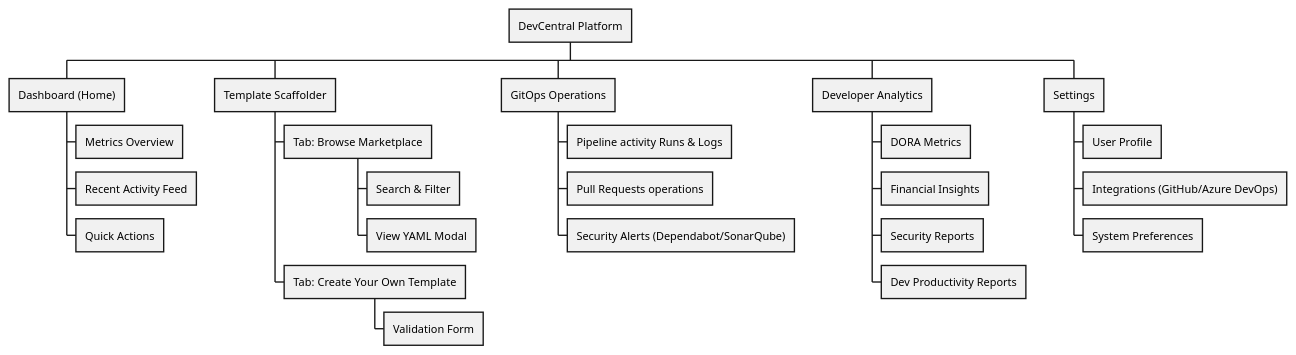
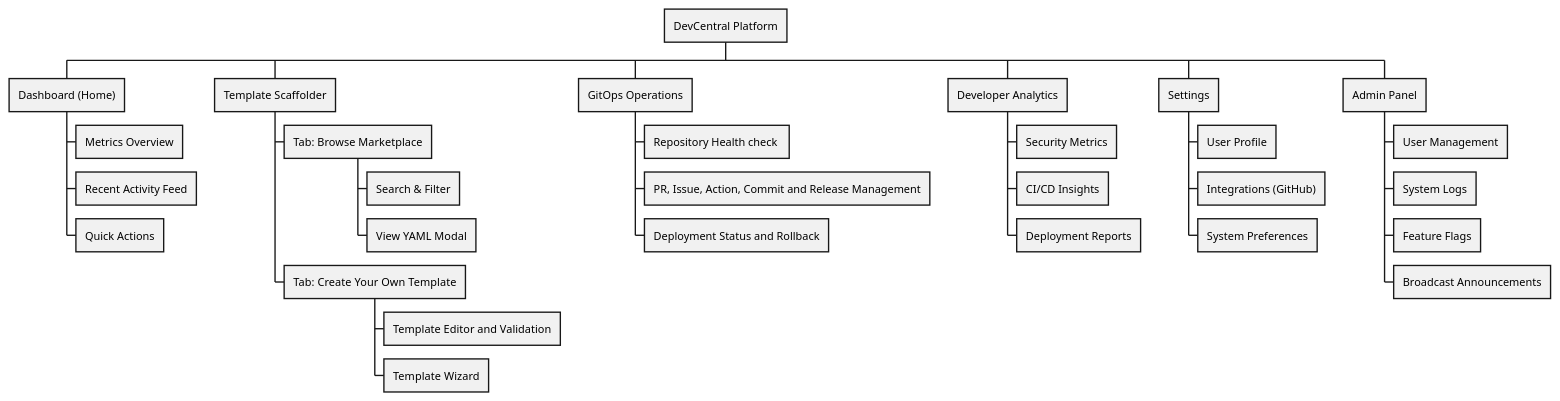
One commit to 03DhruvJoshi/DevCentral changed the diagram in system_design/SiteMap.puml. Above: the diagram before and after it, drawn with PlantUML.

Commit message:
refactor: update SiteMap structure to enhance clarity and organization of components

```diff
--- a/system_design/SiteMap.puml
+++ b/system_design/SiteMap.puml
@@ -1,26 +1,31 @@
 @startwbs name SiteMap
 * DevCentral Platform
 ** Dashboard (Home)
 *** Metrics Overview
 *** Recent Activity Feed
 *** Quick Actions
 ** Template Scaffolder
 *** Tab: Browse Marketplace
 **** Search & Filter
 **** View YAML Modal
 *** Tab: Create Your Own Template
-**** Validation Form
+**** Template Editor and Validation
+**** Template Wizard
 ** GitOps Operations
-*** Pipeline activity Runs & Logs
-*** Pull Requests operations
-*** Security Alerts (Dependabot/SonarQube)
+*** Repository Health check 
+*** PR, Issue, Action, Commit and Release Management
+*** Deployment Status and Rollback
 ** Developer Analytics
-*** DORA Metrics
-*** Financial Insights
-*** Security Reports
-*** Dev Productivity Reports
+*** Security Metrics
+*** CI/CD Insights
+*** Deployment Reports
 ** Settings
 *** User Profile
-*** Integrations (GitHub/Azure DevOps)
+*** Integrations (GitHub)
 *** System Preferences
+** Admin Panel
+*** User Management
+*** System Logs
+*** Feature Flags
+*** Broadcast Announcements
 @endwbs
```
